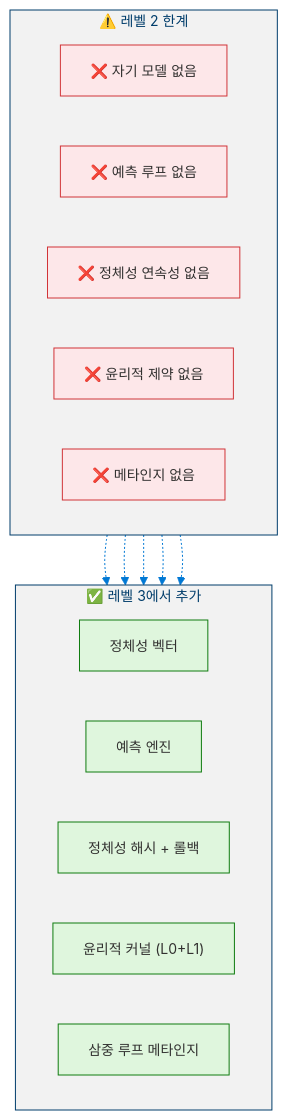
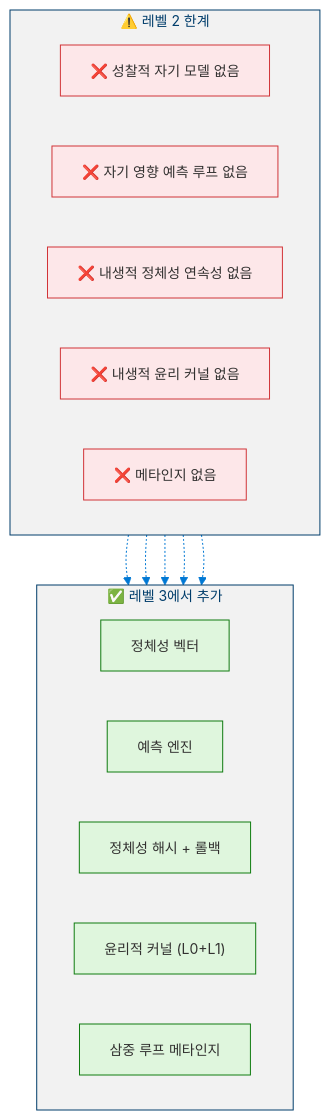
Before and after one commit to dotnetpower/mscp: the seventh of 8 diagrams in docs/levels/Level_2_Autonomous_Agent.ko.md, drawn with Mermaid. The commit also changed other lines of this file and 21 other files, not shown here.

````diff
--- a/docs/levels/Level_2_Autonomous_Agent.ko.md
+++ b/docs/levels/Level_2_Autonomous_Agent.ko.md
@@ -739,30 +862,30 @@
 ```mermaid
 %%{init: {'theme': 'base', 'themeVariables': {'primaryColor': '#0078D4', 'primaryTextColor': '#003D6B', 'primaryBorderColor': '#003D6B', 'secondaryColor': '#50E6FF', 'secondaryTextColor': '#323130', 'secondaryBorderColor': '#00BCF2', 'tertiaryColor': '#F2F2F2', 'tertiaryTextColor': '#323130', 'lineColor': '#0078D4', 'textColor': '#323130', 'mainBkg': '#DEECF9', 'nodeBorder': '#0078D4', 'clusterBkg': '#F2F2F2', 'clusterBorder': '#003D6B', 'titleColor': '#003D6B', 'edgeLabelBackground': '#FFFFFF', 'fontSize': '14px'}}}%%
 flowchart TD
   classDef dangerLight fill:#FDE7E9,stroke:#D13438,color:#323130
   classDef successLight fill:#DFF6DD,stroke:#107C10,color:#323130
 
   subgraph Limitations["⚠️ 레벨 2 한계"]
     direction LR
-    L1["❌ 자기 모델 없음"]:::dangerLight
-    L2["❌ 예측 루프 없음"]:::dangerLight
-    L3["❌ 정체성 연속성 없음"]:::dangerLight
-    L4["❌ 윤리적 제약 없음"]:::dangerLight
+    L1["❌ 성찰적 자기 모델 없음"]:::dangerLight
+    L2["❌ 자기 영향 예측 루프 없음"]:::dangerLight
+    L3["❌ 내생적 정체성 연속성 없음"]:::dangerLight
+    L4["❌ 내생적 윤리 커널 없음"]:::dangerLight
     L5["❌ 메타인지 없음"]:::dangerLight
   end
 
   subgraph L3Additions["✅ 레벨 3에서 추가"]
     direction LR
     A1["정체성 벡터"]:::successLight
     A2["예측 엔진"]:::successLight
     A3["정체성 해시 + 롤백"]:::successLight
     A4["윤리적 커널 (L0+L1)"]:::successLight
     A5["삼중 루프 메타인지"]:::successLight
   end
 
   L1 -.-> A1
   L2 -.-> A2
   L3 -.-> A3
   L4 -.-> A4
   L5 -.-> A5
 ```
````
